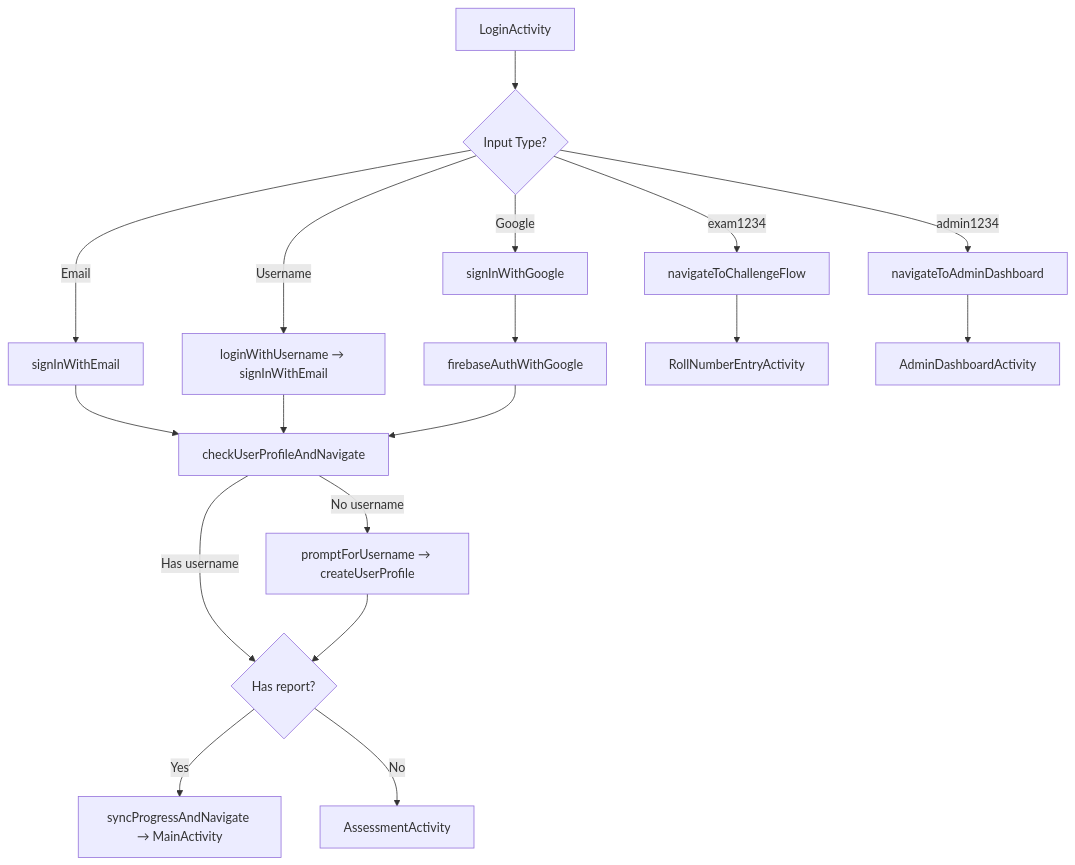
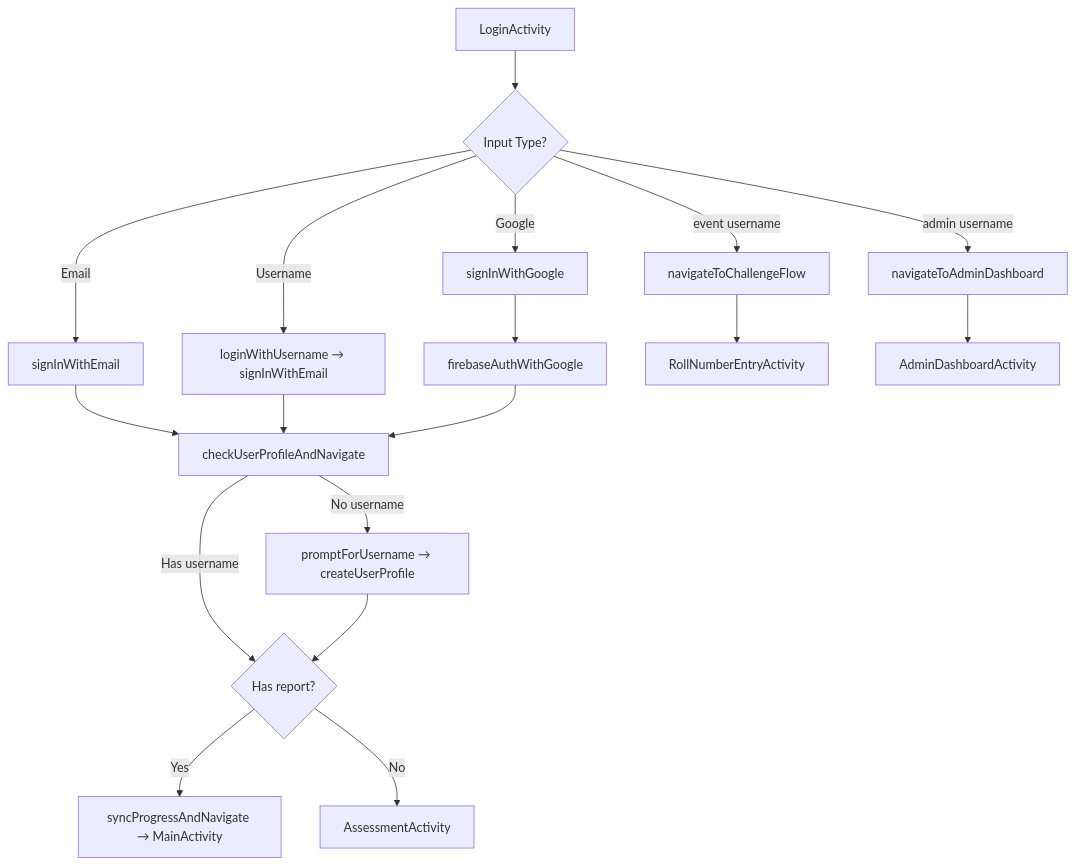
One commit to khashyap0803/Embedded_Systems_Career_Guide changed the diagram in context/ui/AuthActivities.md. Above: the diagram before and after it, drawn with Mermaid. The commit also changed other lines of this file and 2 other files, not shown here.

First line of the commit message:
Stop publishing the event and admin passwords in the docs

````diff
--- a/context/ui/AuthActivities.md
+++ b/context/ui/AuthActivities.md
@@ -280,19 +280,19 @@
 ```mermaid
 graph TD
     A[LoginActivity] --> B{Input Type?}
     B -->|Email| C[signInWithEmail]
     B -->|Username| D[loginWithUsername → signInWithEmail]
-    B -->|exam1234| E[navigateToChallengeFlow]
-    B -->|admin1234| F[navigateToAdminDashboard]
+    B -->|event username| E[navigateToChallengeFlow]
+    B -->|admin username| F[navigateToAdminDashboard]
     B -->|Google| G[signInWithGoogle]
     C --> H[checkUserProfileAndNavigate]
     D --> H
     G --> I[firebaseAuthWithGoogle] --> H
     H -->|Has username| J{Has report?}
     H -->|No username| K[promptForUsername → createUserProfile]
     K --> J
     J -->|Yes| L[syncProgressAndNavigate → MainActivity]
     J -->|No| M[AssessmentActivity]
     E --> N[RollNumberEntryActivity]
     F --> O[AdminDashboardActivity]
 ```
````
